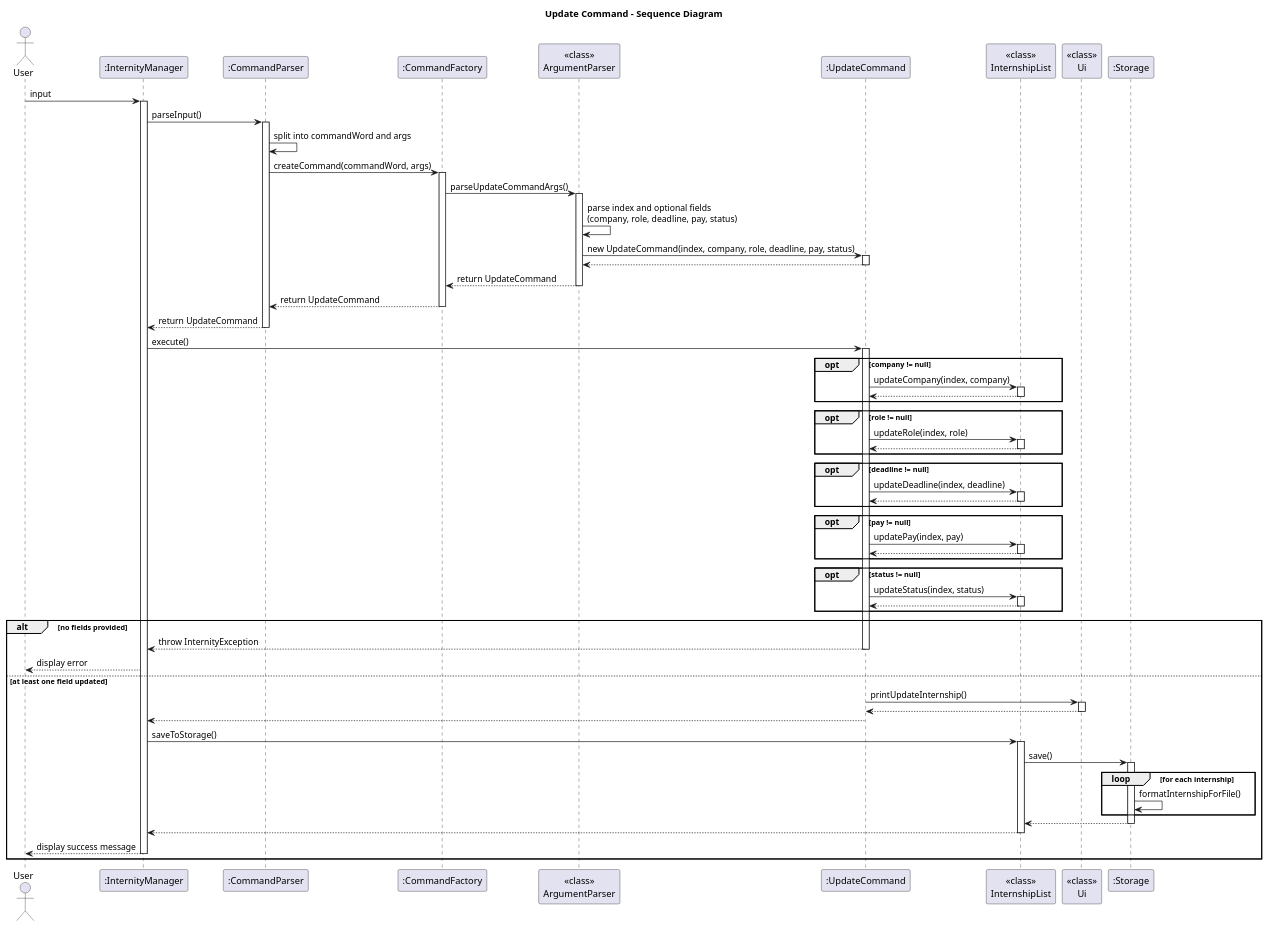
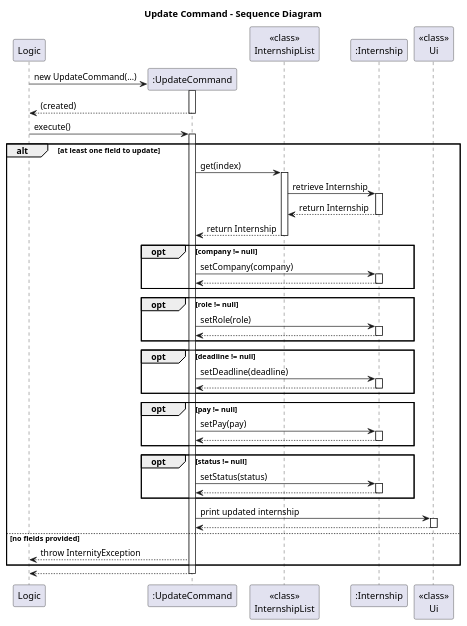
One commit to AY2526S1-CS2113-W14-4/tp changed the diagram in docs/diagrams/UpdateCommandSD.puml. Above: the diagram before and after it, drawn with PlantUML. The commit also changed 1 other file, not shown here.

Commit message:
Update updateCommand Sequence diagram

```diff
--- a/docs/diagrams/UpdateCommandSD.puml
+++ b/docs/diagrams/UpdateCommandSD.puml
@@ -1,111 +1,73 @@
 @startuml
 title Update Command - Sequence Diagram
 
-actor User
-participant ":InternityManager" as IM
-participant ":CommandParser" as CP
-participant ":CommandFactory" as CF
-participant "<<class>>\nArgumentParser" as AP
-participant ":UpdateCommand" as UC
+participant Logic
+create ":UpdateCommand" as UC
 participant "<<class>>\nInternshipList" as IL
-participant "<<class>>\nUi" as UI
-participant ":Storage" as S
+participant ":Internship" as IN
+participant "<<class>>\nUi" as Ui
 
-User -> IM: input
-activate IM
+Logic -> UC**: new UpdateCommand(...)
+activate UC
+return (created)
 
-IM -> CP: parseInput()
-activate CP
-CP -> CP: split into commandWord and args
-
-CP -> CF: createCommand(commandWord, args)
-activate CF
-
-CF -> AP: parseUpdateCommandArgs()
-activate AP
-AP -> AP: parse index and optional fields\n(company, role, deadline, pay, status)
-
-AP -> UC: new UpdateCommand(index, company, role, deadline, pay, status)
-activate UC
-UC --> AP
-deactivate UC
-
-AP --> CF: return UpdateCommand
-deactivate AP
-
-CF --> CP: return UpdateCommand
-deactivate CF
-
-CP --> IM: return UpdateCommand
-deactivate CP
-
-IM -> UC: execute()
+Logic -> UC: execute()
 activate UC
 
-opt company != null
-  UC -> IL: updateCompany(index, company)
-  activate IL
-  IL --> UC
-  deactivate IL
+alt at least one field to update
+    UC -> IL: get(index)
+    activate IL
+    IL -> IN: retrieve Internship
+    activate IN
+    return return Internship
+    deactivate IN
+    IL --> UC : return Internship
+    deactivate IL
+
+    opt company != null
+        UC -> IN: setCompany(company)
+        activate IN
+        IN --> UC
+        deactivate IN
+    end
+
+    opt role != null
+        UC -> IN: setRole(role)
+        activate IN
+        IN --> UC
+        deactivate IN
+    end
+
+    opt deadline != null
+        UC -> IN: setDeadline(deadline)
+        activate IN
+        IN --> UC
+        deactivate IN
+    end
+
+    opt pay != null
+        UC -> IN: setPay(pay)
+        activate IN
+        IN --> UC
+        deactivate IN
+    end
+
+    opt status != null
+        UC -> IN: setStatus(status)
+        activate IN
+        IN --> UC
+        deactivate IN
+    end
+
+    UC -> Ui: print updated internship
+    activate Ui
+    Ui --> UC
+    deactivate Ui
+
+else no fields provided
+    UC --> Logic: throw InternityException
 end
 
-opt role != null
-  UC -> IL: updateRole(index, role)
-  activate IL
-  IL --> UC
-  deactivate IL
-end
-
-opt deadline != null
-  UC -> IL: updateDeadline(index, deadline)
-  activate IL
-  IL --> UC
-  deactivate IL
-end
-
-opt pay != null
-  UC -> IL: updatePay(index, pay)
-  activate IL
-  IL --> UC
-  deactivate IL
-end
-
-opt status != null
-  UC -> IL: updateStatus(index, status)
-  activate IL
-  IL --> UC
-  deactivate IL
-end
-
-alt no fields provided
-  UC --> IM: throw InternityException
-  deactivate UC
-  IM --> User: display error
-else at least one field updated
-  UC -> UI: printUpdateInternship()
-  activate UI
-  UI --> UC
-  deactivate UI
-
-  UC --> IM
-  deactivate UC
-
-  IM -> IL: saveToStorage()
-  activate IL
-
-  IL -> S: save()
-  activate S
-  loop for each internship
-    S -> S: formatInternshipForFile()
-  end
-  S --> IL
-  deactivate S
-
-  IL --> IM
-  deactivate IL
-
-  IM --> User: display success message
-  deactivate IM
-end
-
+UC --> Logic
+deactivate UC
 @enduml
```
